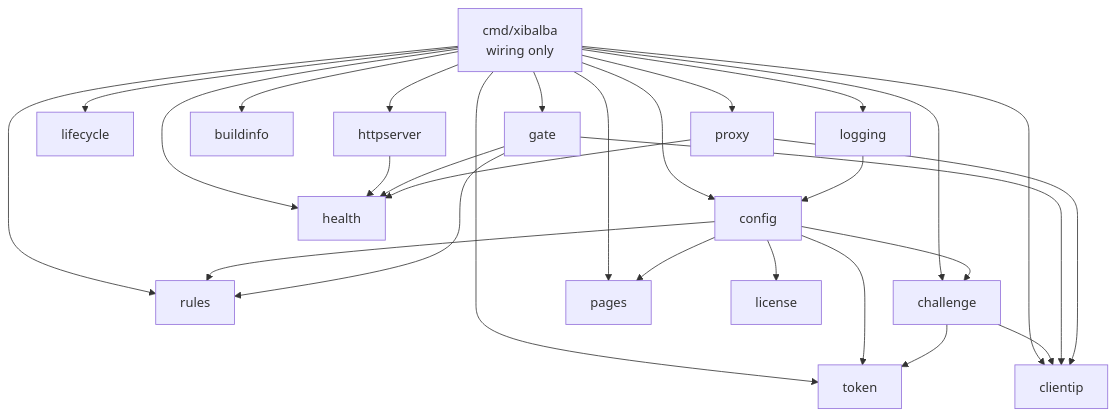
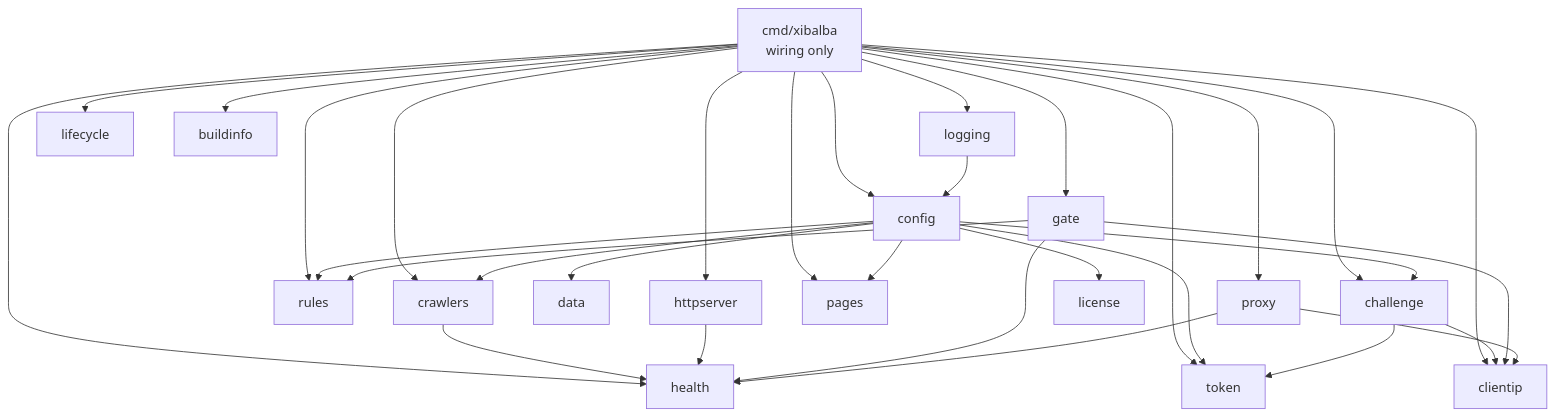
Before and after one commit to MaMoja/xibalba: the first of 2 diagrams in docs/ARCHITECTURE.md, drawn with Mermaid. The commit also changed other lines of this file and 49 other files, not shown here.

````diff
--- a/docs/ARCHITECTURE.md
+++ b/docs/ARCHITECTURE.md
@@ -26,30 +26,34 @@
 ```mermaid
 flowchart TD
     main[cmd/xibalba<br>wiring only] --> config
     main --> logging
     main --> lifecycle
     main --> health
     main --> httpserver
     main --> buildinfo
     main --> clientip
     main --> rules
+    main --> crawlers
+    config --> crawlers
+    config --> data
+    crawlers --> health
     main --> token
     main --> challenge
     main --> gate
     main --> pages
     main --> proxy
     logging --> config
     config --> rules
     httpserver --> health
     config --> license
     config --> pages
     config --> challenge
     config --> token
     challenge --> token
     challenge --> clientip
     gate --> rules
     gate --> clientip
     gate --> health
     proxy --> health
     proxy --> clientip
 ```
````
